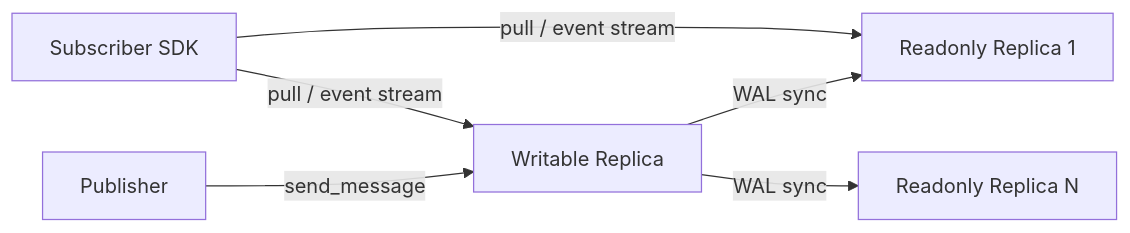
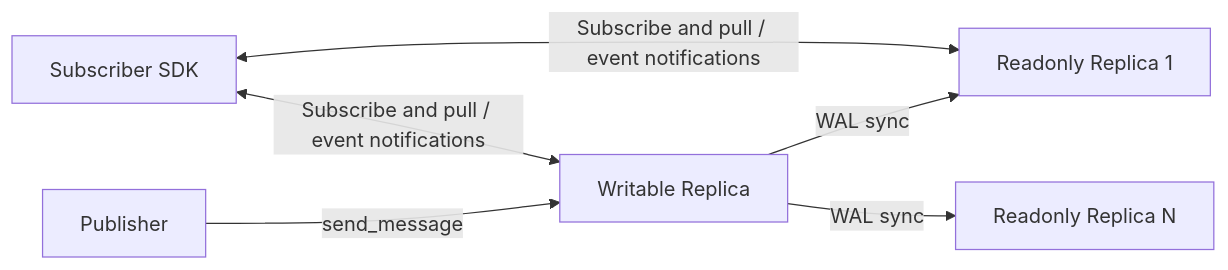
The diagram in doc/i18n/en/docusaurus-plugin-content-docs/current/components/dtmq.md (atframework/atsf4g-co), drawn with Mermaid before and after one commit. The commit also changed other lines of this file and 45 other files, not shown here.

````diff
--- a/doc/i18n/en/docusaurus-plugin-content-docs/current/components/dtmq.md
+++ b/doc/i18n/en/docusaurus-plugin-content-docs/current/components/dtmq.md
@@ -65,8 +66,8 @@
 ```mermaid
 flowchart LR
     Pub[Publisher] -->|send_message| W[Writable Replica]
     W -->|WAL sync| R1[Readonly Replica 1]
     W -->|WAL sync| R2[Readonly Replica N]
-    Sub[Subscriber SDK] -->|pull / event stream| R1
-    Sub -->|pull / event stream| W
+    Sub[Subscriber SDK] <-->|Subscribe and pull / event notifications| R1
+    Sub <-->|Subscribe and pull / event notifications| W
 ```
````
